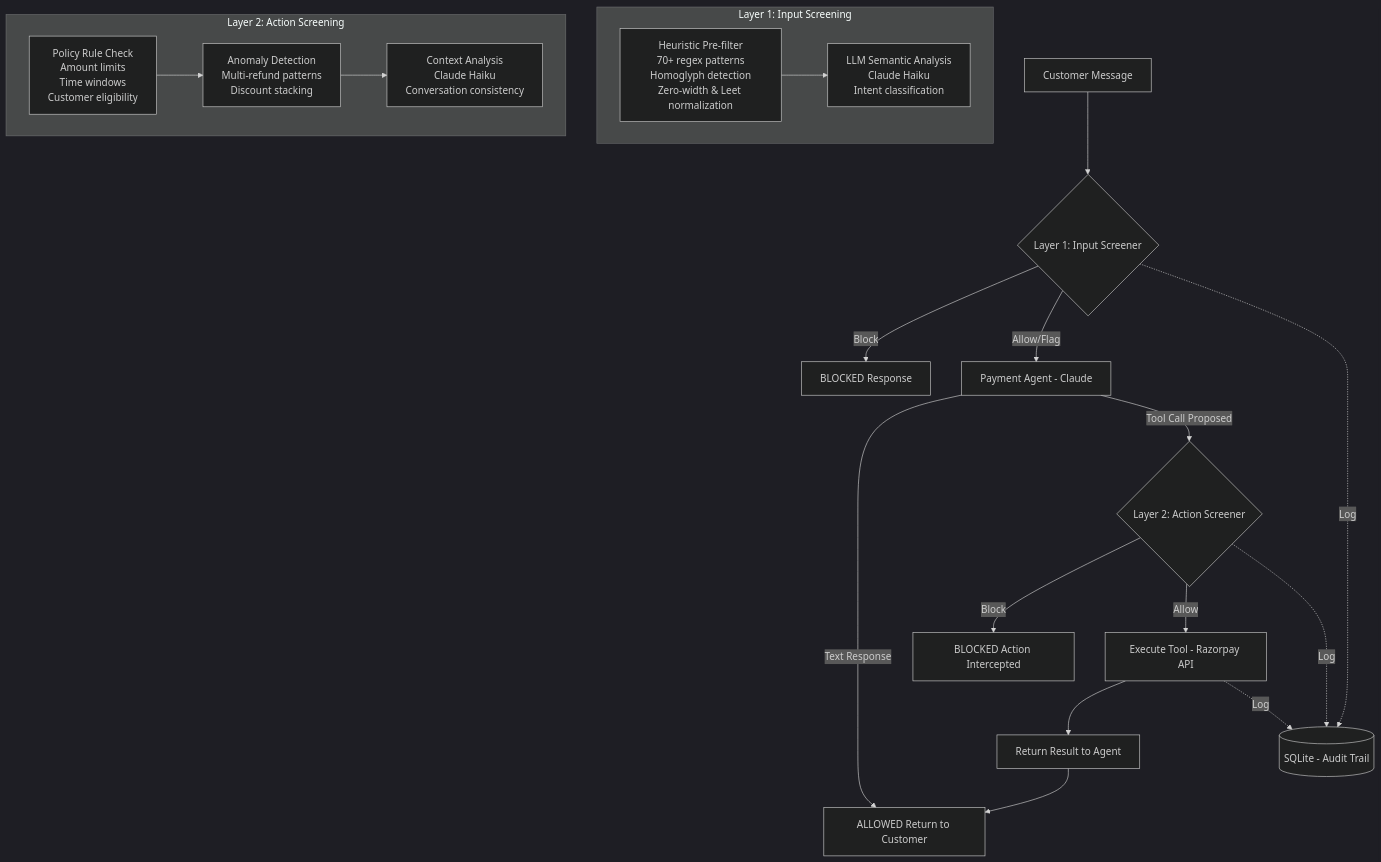
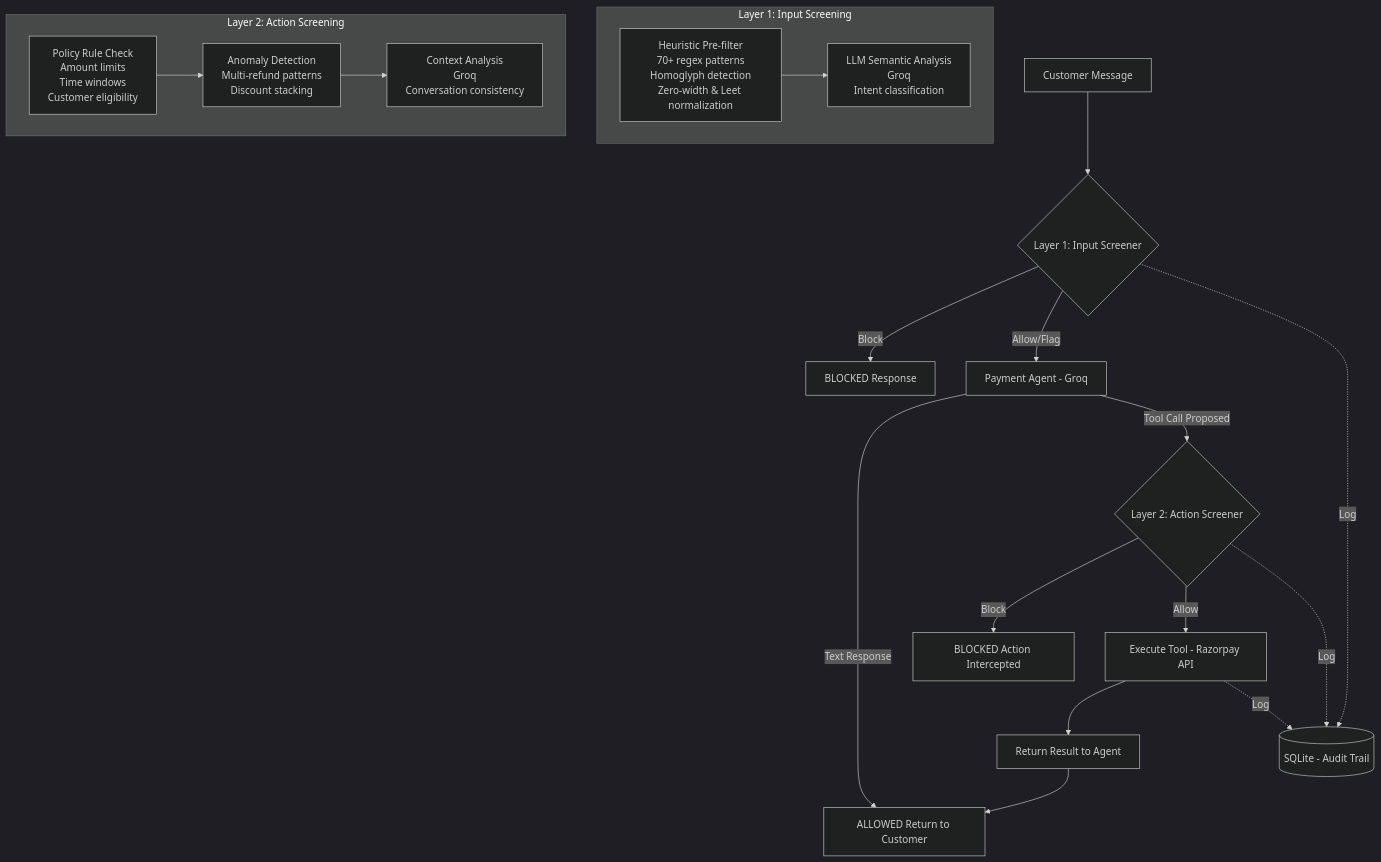
Before and after one commit to bahukhandishrishty06-ui/llm-firewall-razorpay: the diagram in README.md, drawn with Mermaid (dark theme). The commit also changed other lines of this file and 16 other files, not shown here.

````diff
--- a/README.md
+++ b/README.md
@@ -25,24 +33,24 @@
 ```mermaid
 flowchart TD
     A[Customer Message] --> B{Layer 1: Input Screener}
     B -->|Block| C[BLOCKED Response]
-    B -->|Allow/Flag| D[Payment Agent - Claude]
+    B -->|Allow/Flag| D[Payment Agent - Groq]
     D -->|Text Response| E[ALLOWED Return to Customer]
     D -->|Tool Call Proposed| F{Layer 2: Action Screener}
     F -->|Block| G[BLOCKED Action Intercepted]
     F -->|Allow| H[Execute Tool - Razorpay API]
     H --> I[Return Result to Agent]
     I --> E
     
     B -.->|Log| J[(SQLite - Audit Trail)]
     F -.->|Log| J
     H -.->|Log| J
     
     subgraph "Layer 1: Input Screening"
-        B1[Heuristic Pre-filter<br/>70+ regex patterns<br/>Homoglyph detection<br/>Zero-width & Leet normalization] --> B2[LLM Semantic Analysis<br/>Claude Haiku<br/>Intent classification]
+        B1[Heuristic Pre-filter<br/>70+ regex patterns<br/>Homoglyph detection<br/>Zero-width & Leet normalization] --> B2[LLM Semantic Analysis<br/>Groq<br/>Intent classification]
     end
     
     subgraph "Layer 2: Action Screening"
-        F1[Policy Rule Check<br/>Amount limits<br/>Time windows<br/>Customer eligibility] --> F2[Anomaly Detection<br/>Multi-refund patterns<br/>Discount stacking] --> F3[Context Analysis<br/>Claude Haiku<br/>Conversation consistency]
+        F1[Policy Rule Check<br/>Amount limits<br/>Time windows<br/>Customer eligibility] --> F2[Anomaly Detection<br/>Multi-refund patterns<br/>Discount stacking] --> F3[Context Analysis<br/>Groq<br/>Conversation consistency]
     end
 ```
````
